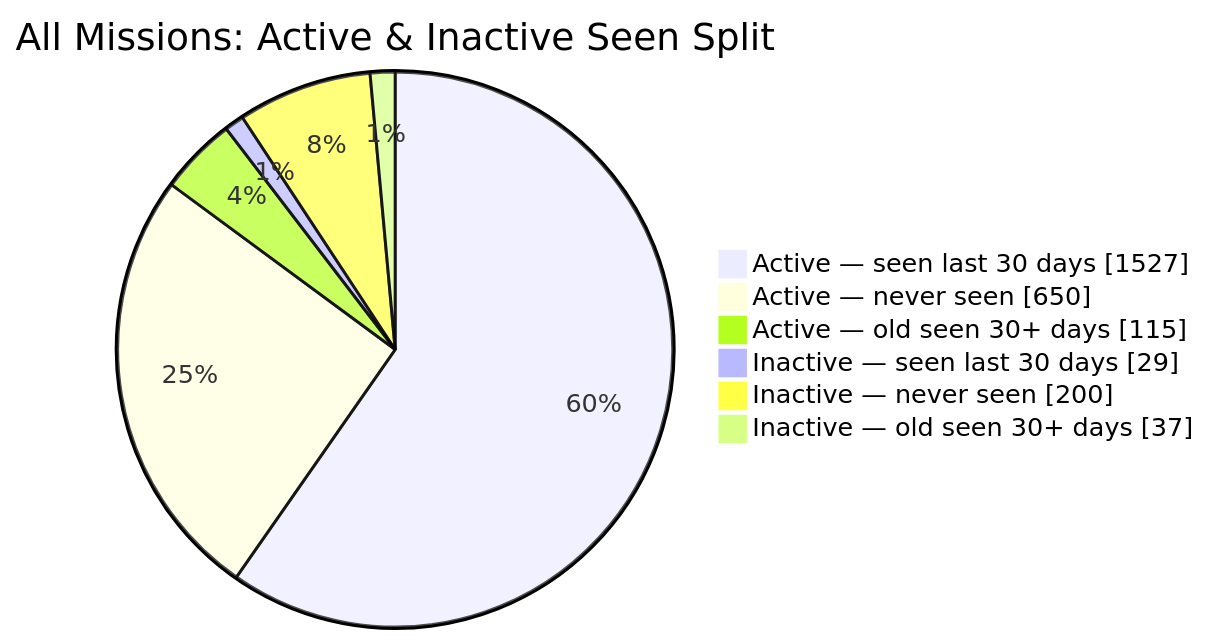
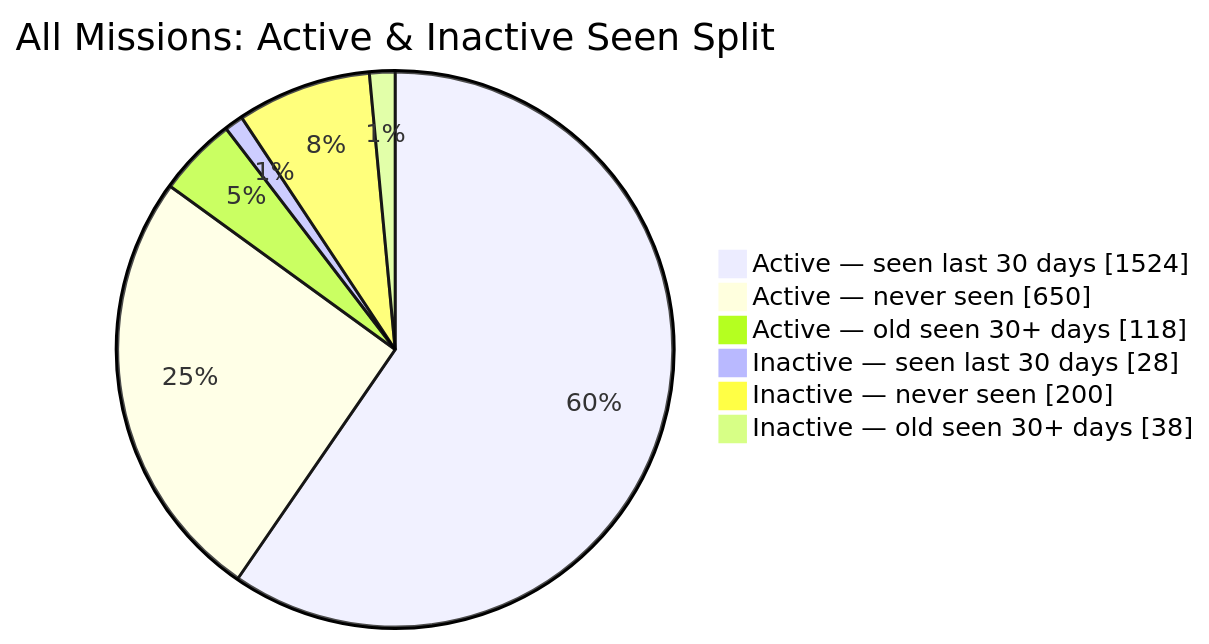
One commit to MeldkamerspelGameTeam/active-missions changed the second of 2 diagrams in README.md. Above: the diagram before and after it, drawn with Mermaid. The commit also changed other lines of this file and 2 other files, not shown here.

````diff
--- a/README.md
+++ b/README.md
@@ -44,10 +44,10 @@
 ```mermaid
 pie showData
     title All Missions: Active & Inactive Seen Split
-    "Active — seen last 30 days" : 1527
+    "Active — seen last 30 days" : 1524
     "Active — never seen" : 650
-    "Active — old seen 30+ days" : 115
-    "Inactive — seen last 30 days" : 29
+    "Active — old seen 30+ days" : 118
+    "Inactive — seen last 30 days" : 28
     "Inactive — never seen" : 200
-    "Inactive — old seen 30+ days" : 37
+    "Inactive — old seen 30+ days" : 38
 ```
````
